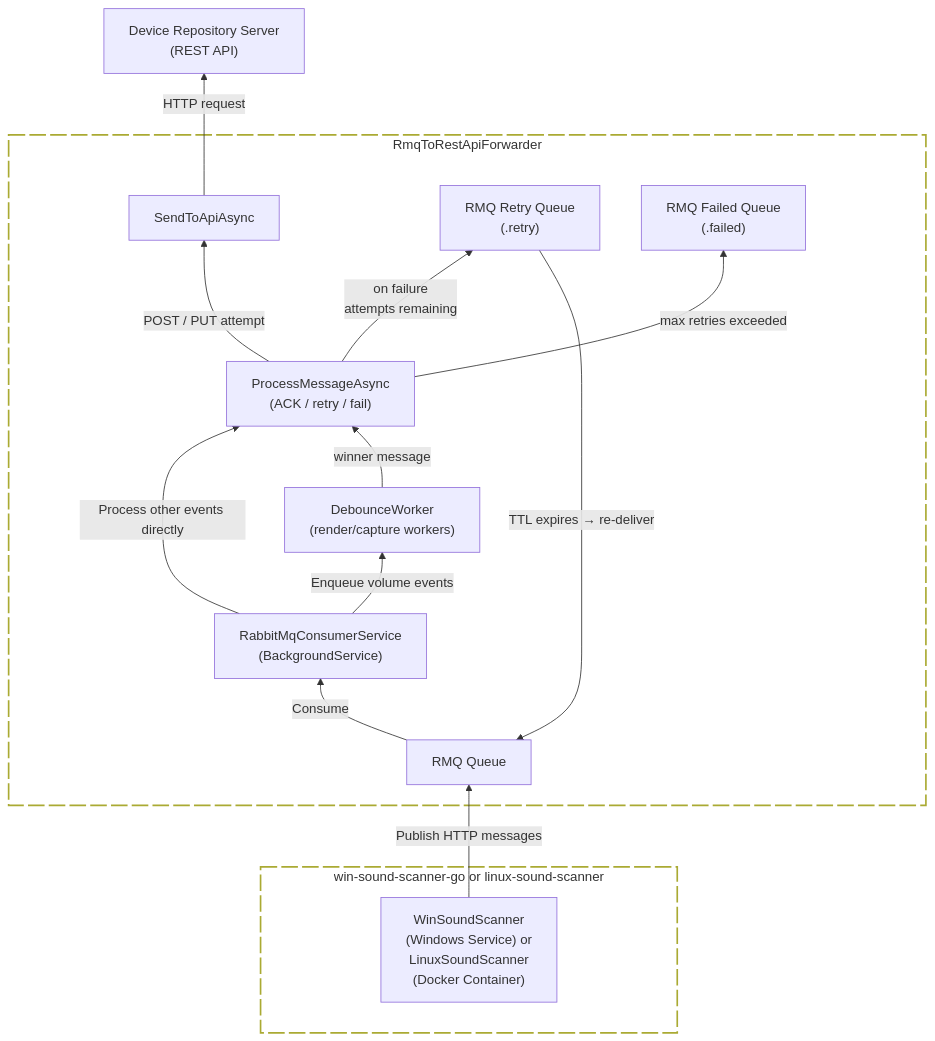
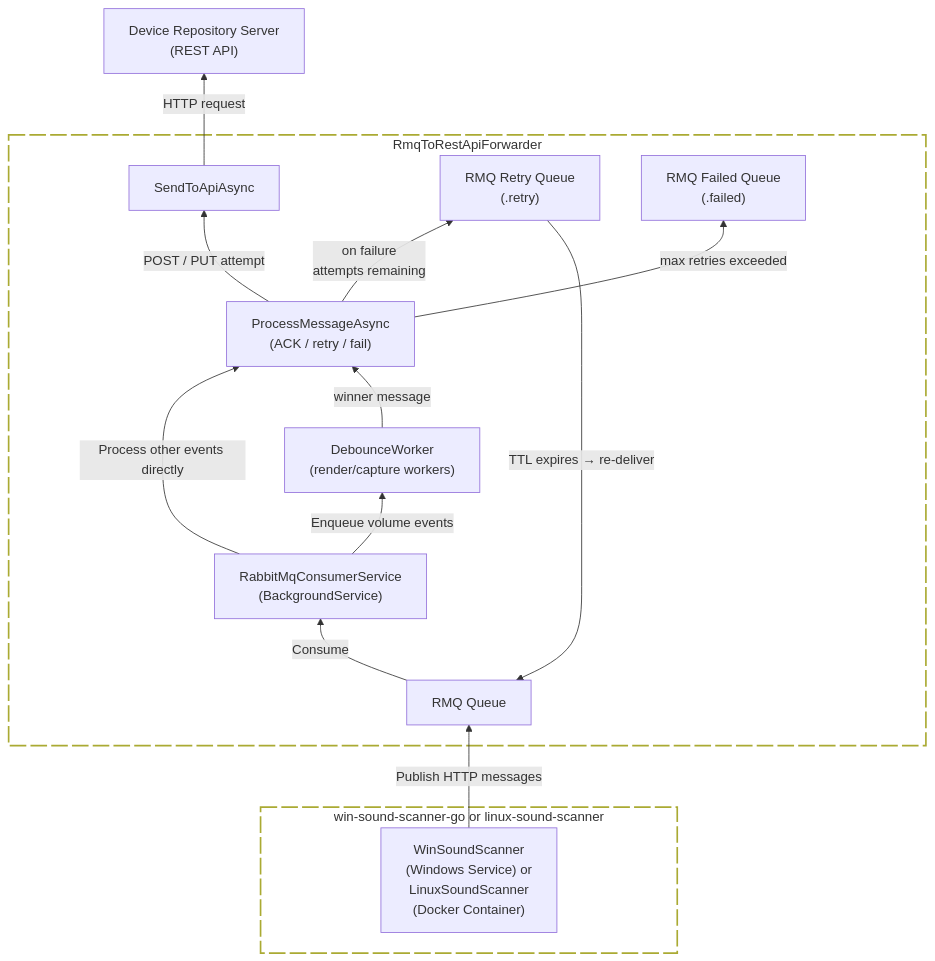
One commit to collect-sound-devices/rmq-to-rest-api-forwarder changed the second of 2 diagrams in README.md. Above: the diagram before and after it, drawn with Mermaid. The commit also changed other lines of this file, not shown here.

Commit message:
diagrams corrected

````diff
--- a/README.md
+++ b/README.md
@@ -82,48 +93,78 @@
 ```mermaid
 flowchart BT
 
 classDef invisibleNode fill:transparent,stroke:transparent;
 classDef dottedBox fill:transparent,fill-opacity:0.55, stroke-dasharray:20 5,stroke-width:2px;
 
 subgraph scannerService["win-sound-scanner-go or linux-sound-scanner"]
-    invisible1["<br><br><br><br><br>"]
+    invisible1["
+    
+    
+    
+    
+    "]
     class invisible1 invisibleNode
-    A["WinSoundScanner<br>(Windows Service) or<br>LinuxSoundScanner<br>(Docker Container)"]
-    invisible2["<br><br><br><br><br>"]
+    A["WinSoundScanner
+    (Windows Service) or
+    LinuxSoundScanner
+    (Docker Container)"]
+    invisible2["
+    
+    
+    
+    
+    "]
     class invisible2 invisibleNode
 end
 class scannerService dottedBox
 
 
 subgraph forwarder["RmqToRestApiForwarder"]
-    invisible3["<br><br><br><br><br>"]
+    invisible3["
+    
+    
+    
+    
+    "]
     class invisible3 invisibleNode
     B["RMQ Queue"]
-    C["RabbitMqConsumerService<br>(BackgroundService)"]
-    D["DebounceWorker<br>(render/capture workers)"]
-    F["ProcessMessageAsync<br>(ACK / retry / fail)"]
+    C["RabbitMqConsumerService
+    (BackgroundService)"]
+    D["DebounceWorker
+    (render/capture workers)"]
+    F["ProcessMessageAsync
+    (ACK / retry / fail)"]
     E["SendToApiAsync"]
-    G["RMQ Retry Queue<br>(.retry)"]
-    H["RMQ Failed Queue<br>(.failed)"]
+    G["RMQ Retry Queue
+    (.retry)"]
+    H["RMQ Failed Queue
+    (.failed)"]
 
-    invisible4["<br><br><br><br><br>"]
+    invisible4["
+    
+    
+    
+    
+    "]
     class invisible4 invisibleNode
 end
 class forwarder dottedBox
 
 
-deviceRepositoryApi["Device Repository Server<br>(REST API)"]
+deviceRepositoryApi["Device Repository Server
+(REST API)"]
 
     A -->|"Publish HTTP messages"| B
     B -->|"Consume"| C
     C -->|"Enqueue volume events"| D
     C -->|"Process other events directly"| F
     D -->|"winner message"| F
     F -->|"POST / PUT attempt"| E
     E -->|"HTTP request"| deviceRepositoryApi
 
 
-    F -->|"on failure<br>attempts remaining"| G
+    F -->|"on failure
+          attempts remaining"| G
     G -->|"TTL expires → re-deliver"| B
     F -->|"max retries exceeded"| H
 ```
````
